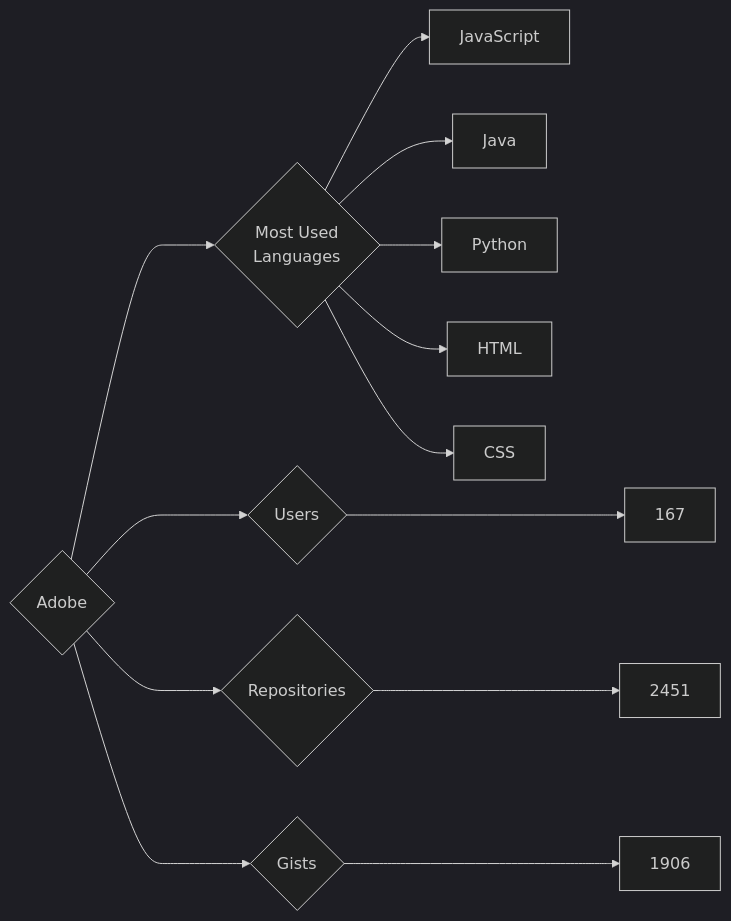
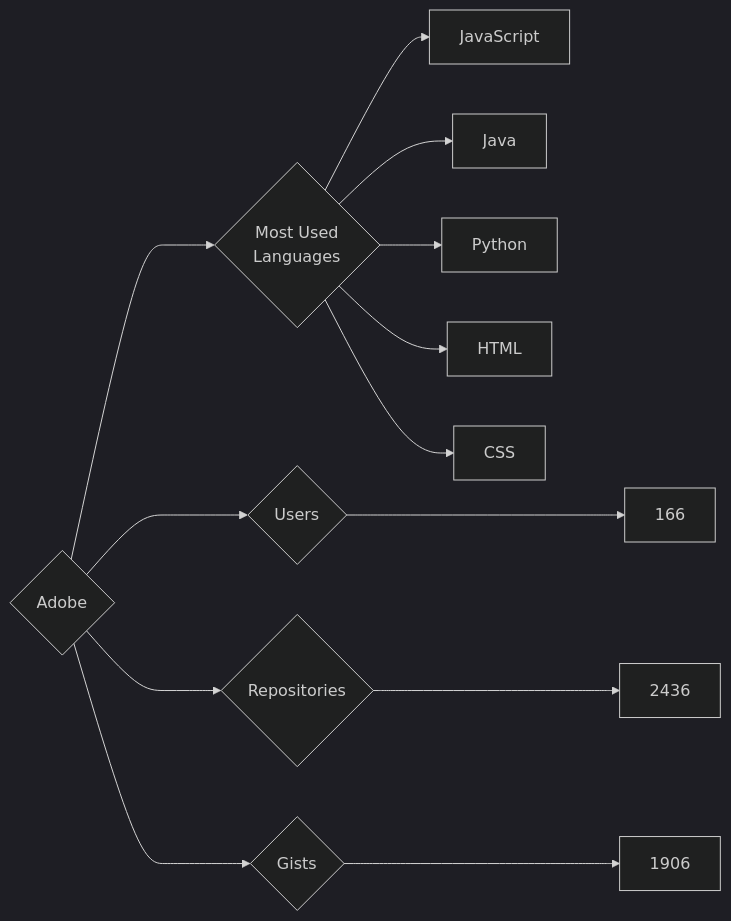
The diagram in targets/Adobe/README.md (trickest/insiders), drawn with Mermaid (dark theme) before and after one commit. The commit also changed 786 other files, not shown here.

````diff
--- a/targets/Adobe/README.md
+++ b/targets/Adobe/README.md
@@ -3,13 +3,13 @@
 ```mermaid
 graph LR
 COMPANY_NAME{Adobe}
-COMPANY_NAME ---> U{Users} ---> UN[167]
-COMPANY_NAME ---> R{Repositories} ---> RN[2451]
+COMPANY_NAME ---> U{Users} ---> UN[166]
+COMPANY_NAME ---> R{Repositories} ---> RN[2436]
 COMPANY_NAME ---> G{Gists} ---> GN[1906]
 COMPANY_NAME ---> ML{Most Used<br>Languages}
 ML --> JavaScript[JavaScript]
 ML --> Java[Java]
 ML --> Python[Python]
 ML --> HTML[HTML]
 ML --> CSS[CSS]
 ```
````
